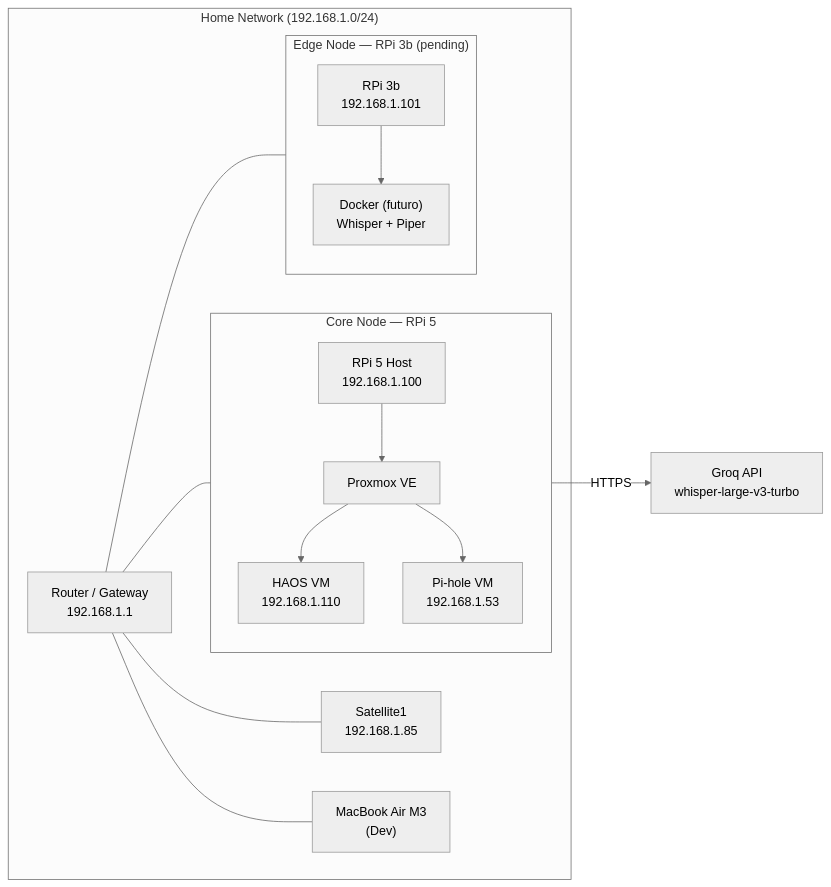
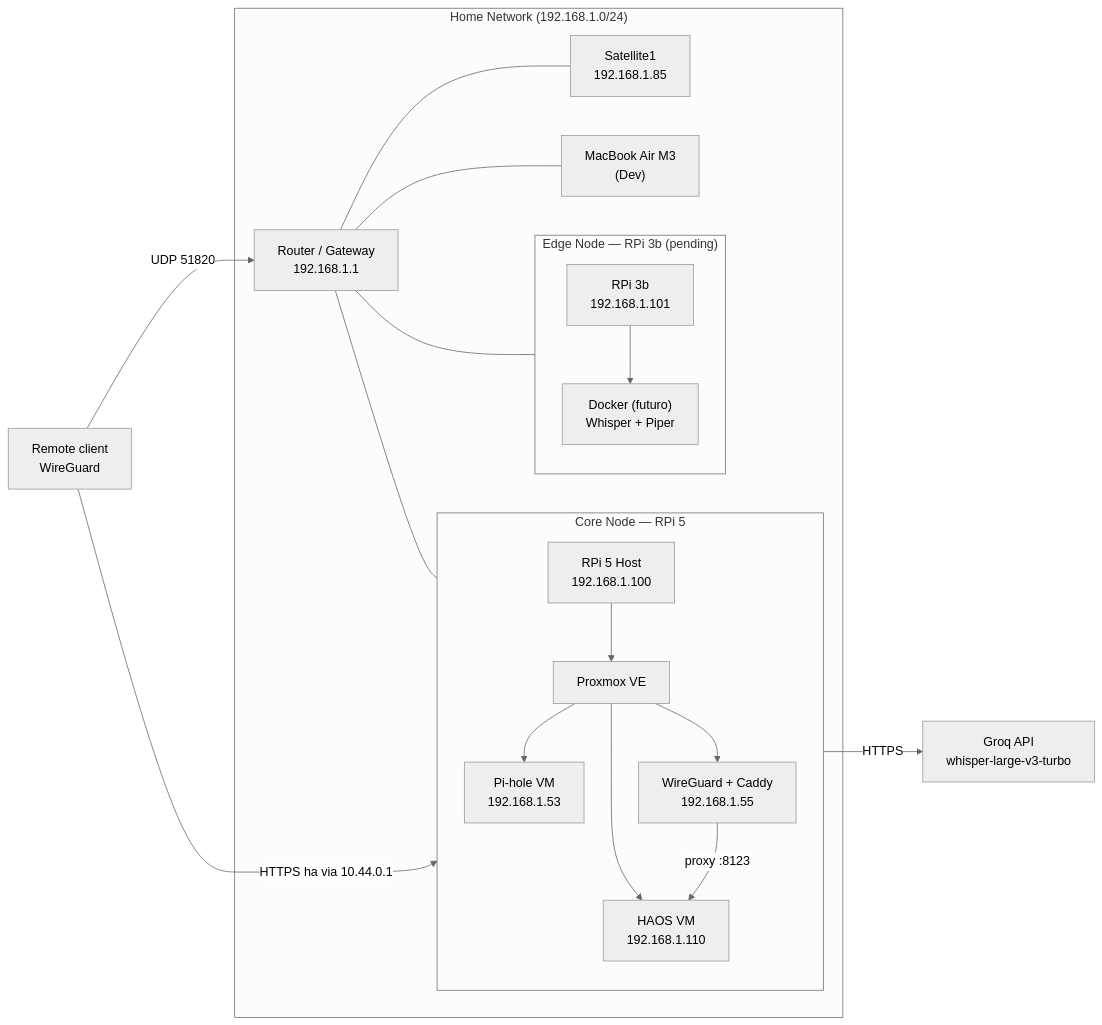
One commit to miguelandresgordon/WayneHomeLab changed the first of 3 diagrams in docs/ARCHITECTURE.md. Above: the diagram before and after it, drawn with Mermaid (neutral theme). The commit also changed other lines of this file and 19 other files, not shown here.

First line of the commit message:
feat(infra): add WireGuard VM with private HA HTTPS via Caddy

````diff
--- a/docs/ARCHITECTURE.md
+++ b/docs/ARCHITECTURE.md
@@ -5,35 +5,42 @@
 ```mermaid
 graph LR
     subgraph LAN["Home Network (192.168.1.0/24)"]
         ROUTER["Router / Gateway<br/>192.168.1.1"]
 
         subgraph CORE["Core Node — RPi 5"]
             direction TB
             RPI5["RPi 5 Host<br/>192.168.1.100"]
             PVE["Proxmox VE"]
             HAOS_VM["HAOS VM<br/>192.168.1.110"]
             PIHOLE_VM["Pi-hole VM<br/>192.168.1.53"]
+            WG_VM["WireGuard + Caddy<br/>192.168.1.55"]
             RPI5 --> PVE
             PVE --> HAOS_VM
             PVE --> PIHOLE_VM
+            PVE --> WG_VM
         end
 
         subgraph EDGE["Edge Node — RPi 3b (pending)"]
             direction TB
             RPI3["RPi 3b<br/>192.168.1.101"]
             DOCKER["Docker (futuro)<br/>Whisper + Piper"]
             RPI3 --> DOCKER
         end
 
         SAT["Satellite1<br/>192.168.1.85"]
         MAC["MacBook Air M3<br/>(Dev)"]
 
         ROUTER --- CORE
         ROUTER --- EDGE
         ROUTER --- SAT
         ROUTER --- MAC
     end
 
+    CLIENT["Remote client<br/>WireGuard"]
+    CLIENT -->|"UDP 51820"| ROUTER
+    CLIENT -->|"HTTPS ha via 10.44.0.1"| WG_VM
+    WG_VM -->|"proxy :8123"| HAOS_VM
+
     GROQ["Groq API<br/>whisper-large-v3-turbo"]
     HAOS_VM -- "HTTPS" --> GROQ
 ```
````
